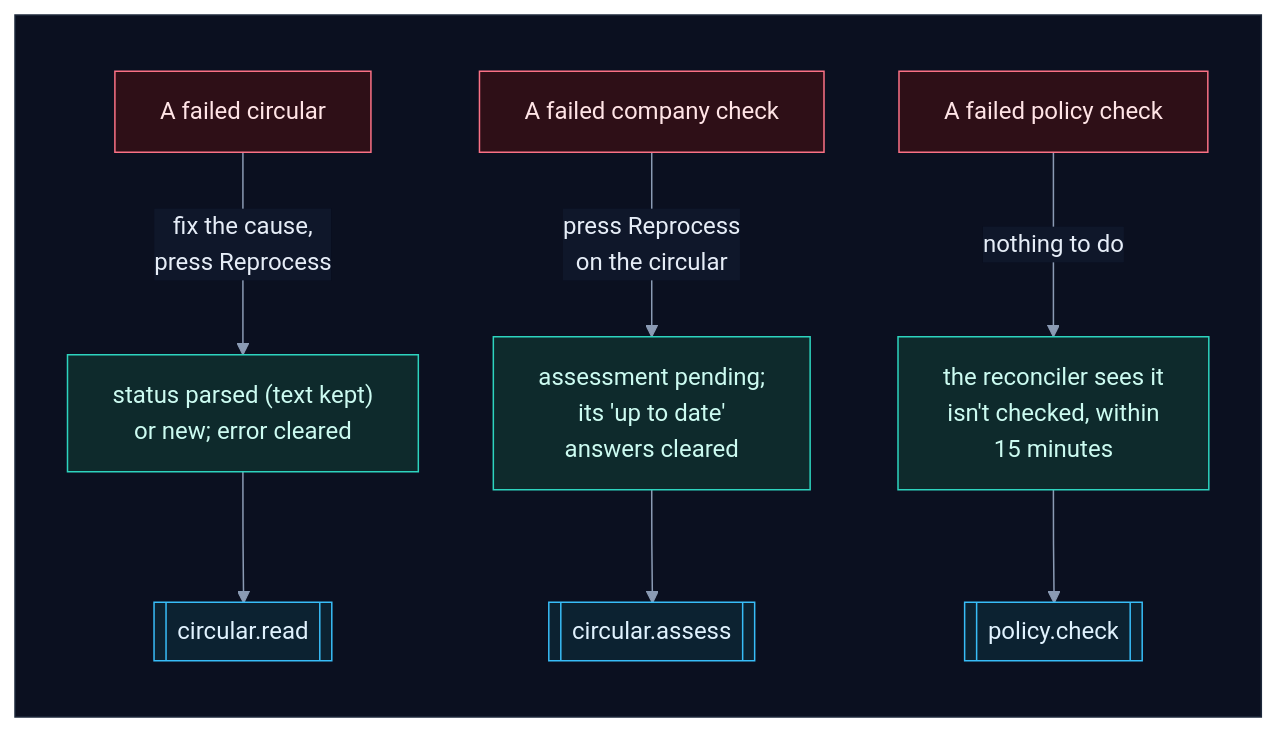
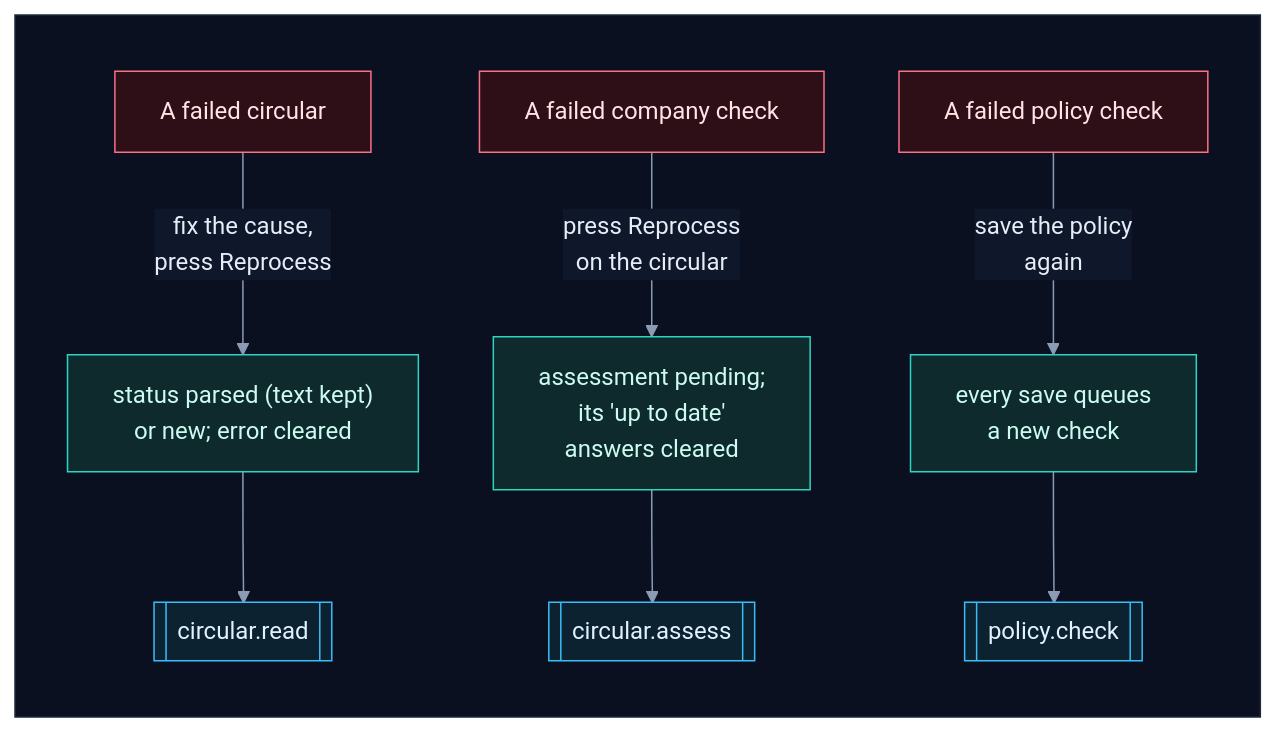
Before and after one commit to selvakumarperumal/Regulatory_Circular_Impact_Agent: diagram 12 of 19 in how_the_worker_works.md, drawn with Mermaid. The commit also changed other lines of this file and 7 other files, not shown here.

````diff
--- a/how_the_worker_works.md
+++ b/how_the_worker_works.md
@@ -732,27 +773,27 @@
 ```mermaid
 %%{init: {"theme": "base", "flowchart": {"diagramPadding": 0}, "themeVariables": {"darkMode": true, "primaryColor": "#16213a", "primaryTextColor": "#e6edf7", "primaryBorderColor": "#475a7a", "lineColor": "#8b9bb4", "secondaryColor": "#1b2436", "tertiaryColor": "#101a2e", "edgeLabelBackground": "#0f172a", "textColor": "#e2e8f0", "clusterBkg": "#0f1728", "clusterBorder": "#2b3a55", "titleColor": "#c4b5fd", "nodeTextColor": "#e6edf7"}}}%%
 flowchart TD
     subgraph canvas[" "]
         direction TB
         f1["A failed circular"] -->|"fix the cause,<br/>press Reprocess"| a1["status parsed (text kept)<br/>or new; error cleared"]
         a1 --> t1[["circular.read"]]
         f2["A failed company check"] -->|"press Reprocess<br/>on the circular"| a2["assessment pending;<br/>its 'up to date'<br/>answers cleared"]
         a2 --> t2[["circular.assess"]]
-        f3["A failed policy check"] -->|"nothing to do"| a3["the reconciler sees it<br/>isn't checked, within<br/>15 minutes"]
+        f3["A failed policy check"] -->|"save the policy<br/>again"| a3["every save queues<br/>a new check"]
         a3 --> t3[["policy.check"]]
     end
     classDef svc fill:#0e2a2c,stroke:#2dd4bf,color:#ccfbf1
     classDef data fill:#1c1a47,stroke:#818cf8,color:#e0e7ff
     classDef ext fill:#2a1640,stroke:#c084fc,color:#f3e8ff
     classDef gpu fill:#2d1b0c,stroke:#fb923c,color:#ffedd5
     classDef ask fill:#2a2410,stroke:#fbbf24,color:#fef3c7
     classDef ok fill:#0b2a1c,stroke:#34d399,color:#d1fae5
     classDef bad fill:#2e0f17,stroke:#fb7185,color:#ffe4e6
     classDef start fill:#1c2a0e,stroke:#a7ef6f,color:#ecfccb
     classDef muted fill:#1a2130,stroke:#64748b,color:#cbd5e1
     classDef queue fill:#0c2231,stroke:#38bdf8,color:#e0f2fe
     class f1,f2,f3 bad
     class a1,a2,a3 svc
     class t1,t2,t3 queue
     style canvas fill:#0b1020,stroke:#1e293b,color:#0b1020
 ```
````
